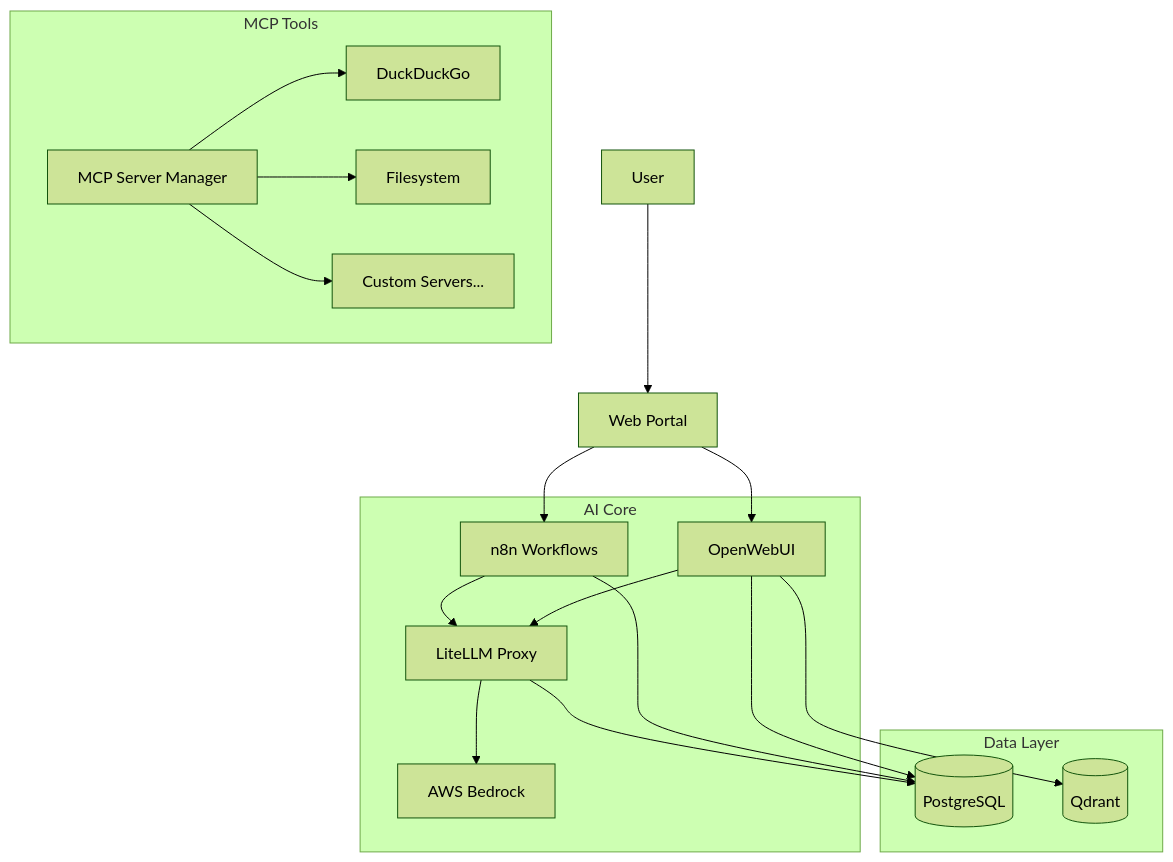
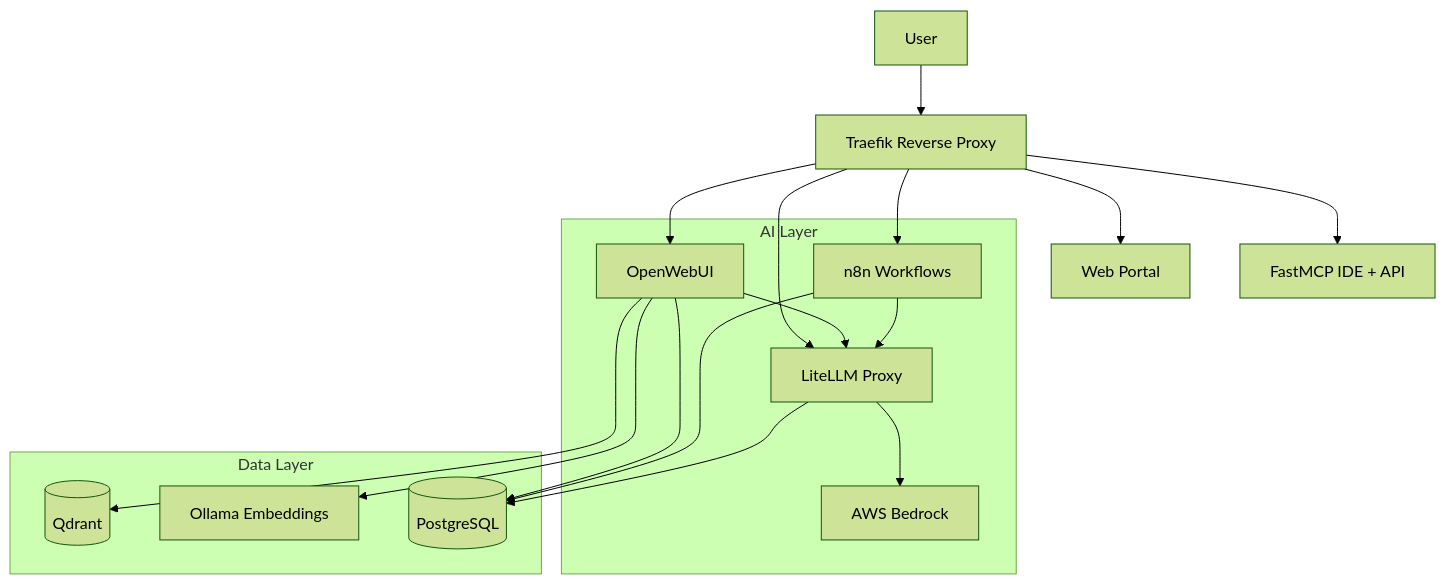
Before and after one commit to groovysquirrel/project_pluto: the diagram in README.md, drawn with Mermaid (forest theme). The commit also changed other lines of this file and 9 other files, not shown here.

Commit message:
feat: Overhaul LiteLLM configuration with new models, add AWS Cognito Terraform, and update deployment scripts and README for new features.

````diff
--- a/README.md
+++ b/README.md
@@ -21,29 +24,23 @@
 ```mermaid
 graph TD
-    User[User] --> Portal[Web Portal]
-    Portal --> OpenWebUI[OpenWebUI]
-    Portal --> n8n[n8n Workflows]
+    User[User] --> Traefik[Traefik Reverse Proxy]
+    Traefik --> Portal[Web Portal]
+    Traefik --> OpenWebUI[OpenWebUI]
+    Traefik --> n8n[n8n Workflows]
+    Traefik --> LiteLLM[LiteLLM Proxy]
+    Traefik --> FastMCP[FastMCP IDE + API]
+    
+    subgraph AI Layer
+        OpenWebUI --> LiteLLM
+        n8n --> LiteLLM
+        LiteLLM --> Bedrock[AWS Bedrock]
+    end
     
     subgraph Data Layer
-        Postgres[(PostgreSQL)]
-        Qdrant[(Qdrant)]
+        OpenWebUI --> Qdrant[(Qdrant)]
+        OpenWebUI --> Ollama[Ollama Embeddings]
+        OpenWebUI --> Postgres[(PostgreSQL)]
+        n8n --> Postgres
+        LiteLLM --> Postgres
     end
-
-    subgraph AI Core
-        OpenWebUI --> LiteLLM[LiteLLM Proxy]
-        n8n --> LiteLLM
-        LiteLLM --> AWS[AWS Bedrock]
-        OpenWebUI --> Qdrant
-    end
-
-    subgraph MCP Tools
-        MCPManager[MCP Server Manager]
-        MCPManager --> DuckDuckGo
-        MCPManager --> Filesystem
-        MCPManager --> CustomMCP[Custom Servers...]
-    end
-
-    OpenWebUI --> Postgres
-    n8n --> Postgres
-    LiteLLM --> Postgres
 ```
````
